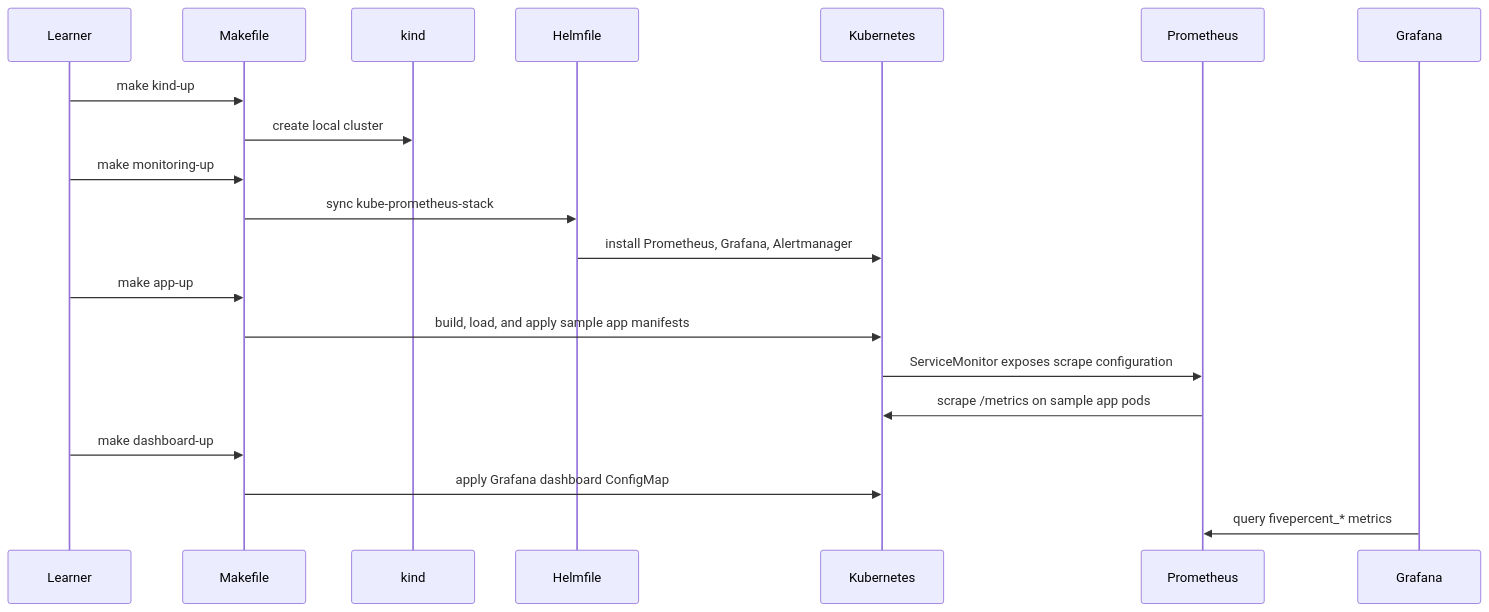
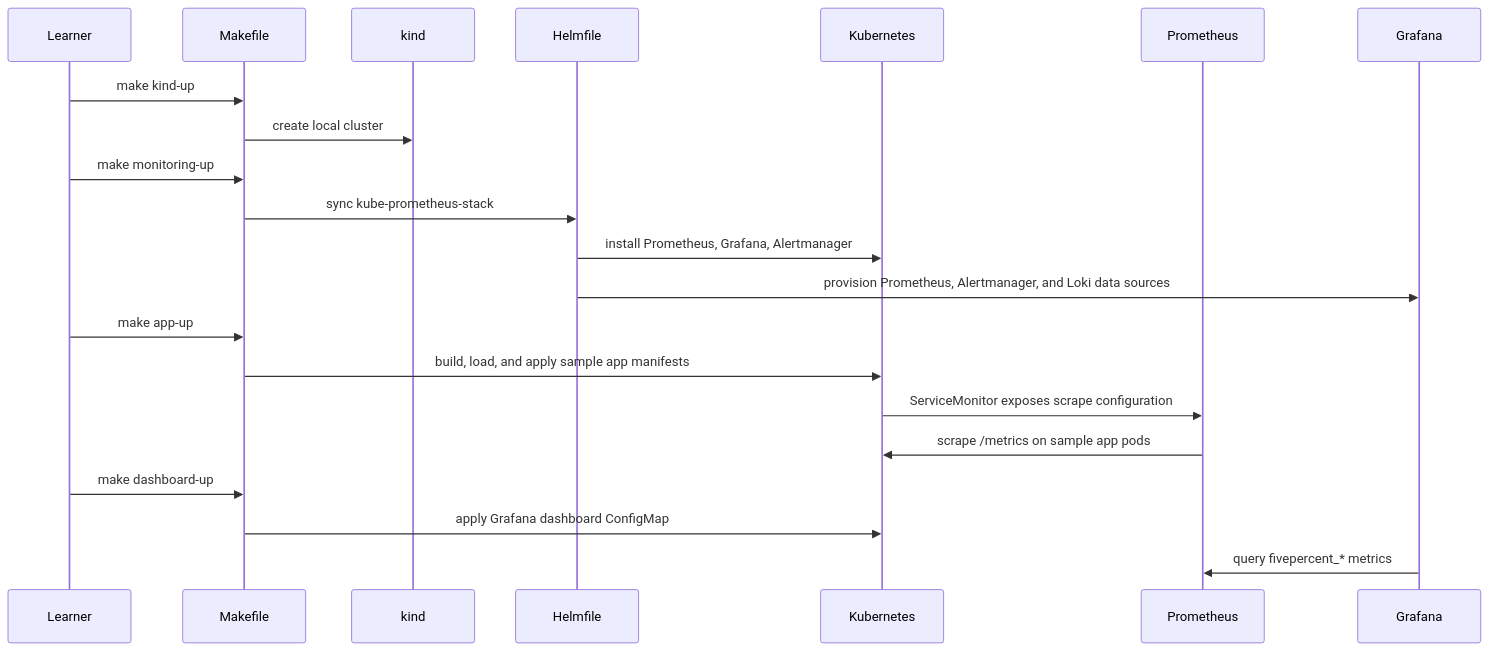
The second of 4 diagrams in docs/architecture.md (AbdulRahmanAlHamali/5percent-observability), drawn with Mermaid before and after one commit. The commit also changed other lines of this file and 6 other files, not shown here.

First line of the commit message:
Unify Loki data source into kube-prometheus-stack-values.yaml

````diff
--- a/docs/architecture.md
+++ b/docs/architecture.md
@@ -48,23 +47,24 @@
 ```mermaid
 sequenceDiagram
   participant Learner
   participant Make as Makefile
   participant Kind as kind
   participant Helmfile
   participant Kubernetes
   participant Prometheus
   participant Grafana
 
   Learner->>Make: make kind-up
   Make->>Kind: create local cluster
   Learner->>Make: make monitoring-up
   Make->>Helmfile: sync kube-prometheus-stack
   Helmfile->>Kubernetes: install Prometheus, Grafana, Alertmanager
+  Helmfile->>Grafana: provision Prometheus, Alertmanager, and Loki data sources
   Learner->>Make: make app-up
   Make->>Kubernetes: build, load, and apply sample app manifests
   Kubernetes->>Prometheus: ServiceMonitor exposes scrape configuration
   Prometheus->>Kubernetes: scrape /metrics on sample app pods
   Learner->>Make: make dashboard-up
   Make->>Kubernetes: apply Grafana dashboard ConfigMap
   Grafana->>Prometheus: query fivepercent_* metrics
 ```
````
